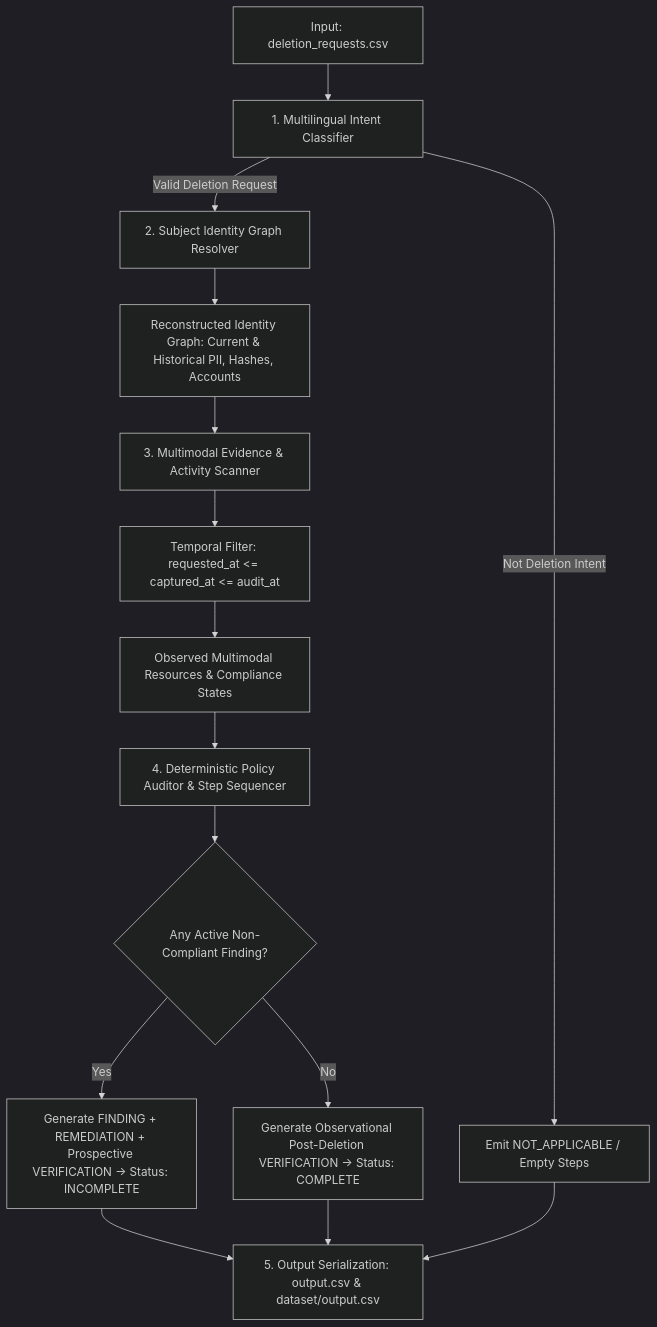
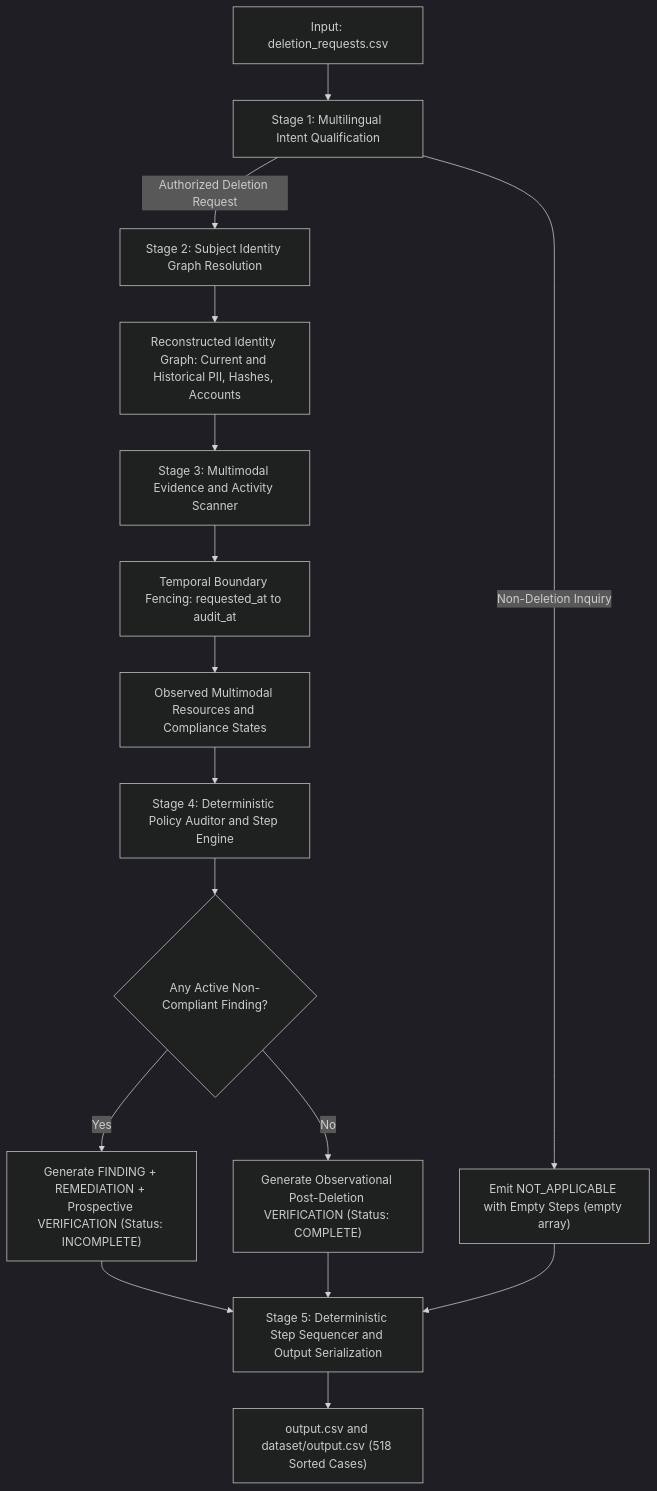
Before and after one commit to sgogoigh/hackerrank-orchestrate-oct-26: the first of 2 diagrams in docs/METHODOLOGY_SUMMARY.md, drawn with Mermaid (dark theme). The commit also changed other lines of this file and 2 other files, not shown here.

Commit message:
docs: fix Mermaid ER and flowchart syntax across markdown files and add practical know-hows 8-12 to METHODOLOGY_SUMMARY.md

````diff
--- a/docs/METHODOLOGY_SUMMARY.md
+++ b/docs/METHODOLOGY_SUMMARY.md
@@ -36,17 +49,18 @@
 ```mermaid
 flowchart TD
-    A[Input: deletion_requests.csv] --> B[1. Multilingual Intent Classifier]
-    B -- Not Deletion Intent --> C[Emit NOT_APPLICABLE / Empty Steps]
-    B -- Valid Deletion Request --> D[2. Subject Identity Graph Resolver]
-    D --> E[Reconstructed Identity Graph: Current & Historical PII, Hashes, Accounts]
-    E --> F[3. Multimodal Evidence & Activity Scanner]
-    F --> G[Temporal Filter: requested_at <= captured_at <= audit_at]
-    G --> H[Observed Multimodal Resources & Compliance States]
-    H --> I[4. Deterministic Policy Auditor & Step Sequencer]
-    I --> J{Any Active Non-Compliant Finding?}
-    J -- Yes --> K[Generate FINDING + REMEDIATION + Prospective VERIFICATION -> Status: INCOMPLETE]
-    J -- No --> L[Generate Observational Post-Deletion VERIFICATION -> Status: COMPLETE]
-    K --> M[5. Output Serialization: output.csv & dataset/output.csv]
+    A["Input: deletion_requests.csv"] --> B["Stage 1: Multilingual Intent Qualification"]
+    B -->|"Non-Deletion Inquiry"| C["Emit NOT_APPLICABLE with Empty Steps (empty array)"]
+    B -->|"Authorized Deletion Request"| D["Stage 2: Subject Identity Graph Resolution"]
+    D --> E["Reconstructed Identity Graph: Current and Historical PII, Hashes, Accounts"]
+    E --> F["Stage 3: Multimodal Evidence and Activity Scanner"]
+    F --> G["Temporal Boundary Fencing: requested_at to audit_at"]
+    G --> H["Observed Multimodal Resources and Compliance States"]
+    H --> I["Stage 4: Deterministic Policy Auditor and Step Engine"]
+    I --> J{"Any Active Non-Compliant Finding?"}
+    J -->|"Yes"| K["Generate FINDING + REMEDIATION + Prospective VERIFICATION (Status: INCOMPLETE)"]
+    J -->|"No"| L["Generate Observational Post-Deletion VERIFICATION (Status: COMPLETE)"]
+    K --> M["Stage 5: Deterministic Step Sequencer and Output Serialization"]
     L --> M
     C --> M
+    M --> N["output.csv and dataset/output.csv (518 Sorted Cases)"]
 ```
````
